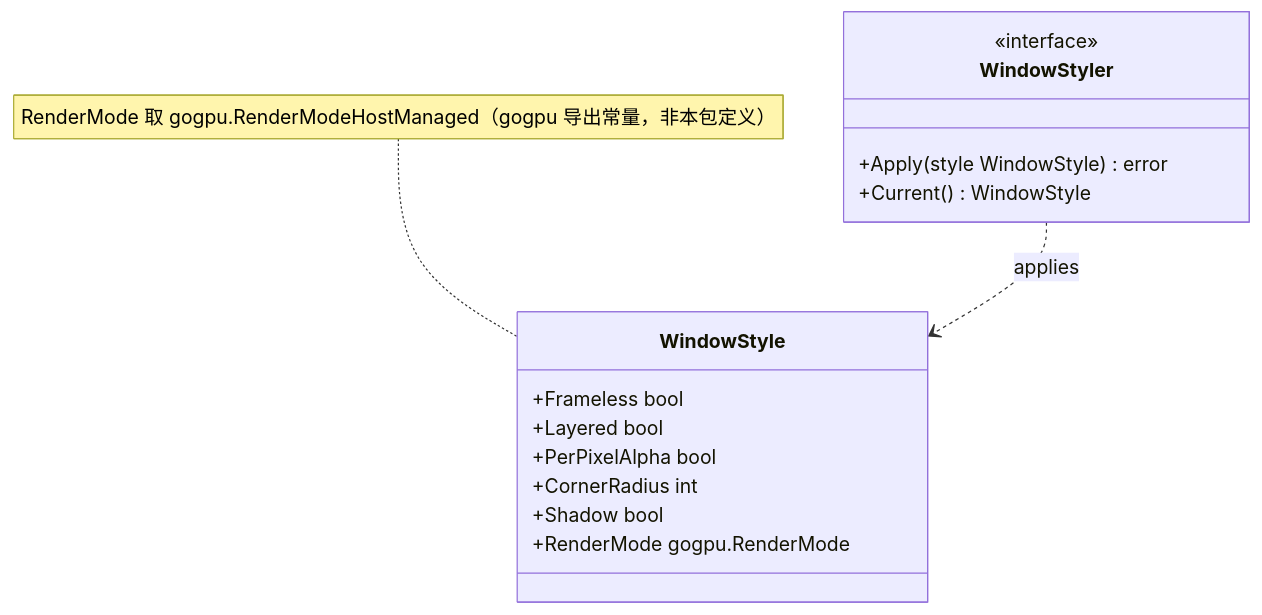
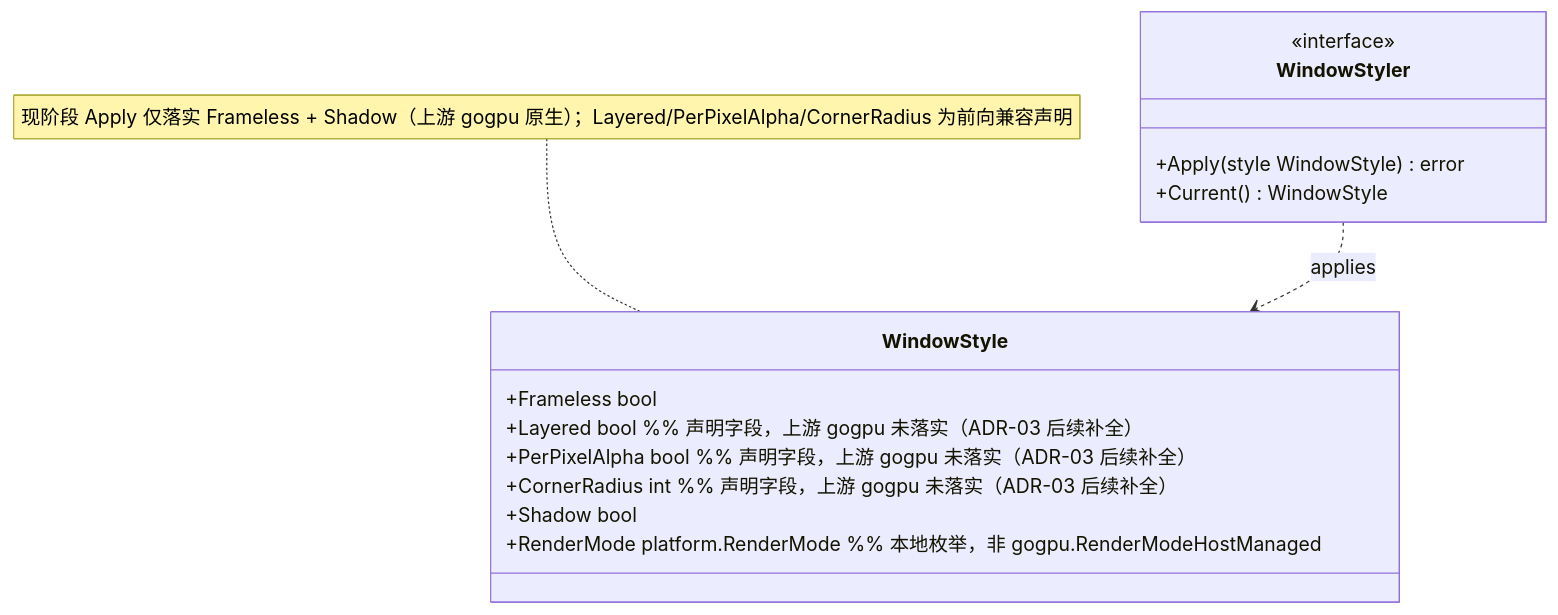
The first of 4 diagrams in docs/20-Platform/WindowStyle.md (shaolei/DeskCalendar), drawn with Mermaid before and after one commit. The commit also changed other lines of this file and 6 other files, not shown here.

First line of the commit message:
docs: ADR-03 path D (gg + layered window), resolve code-review findings

````diff
--- a/docs/20-Platform/WindowStyle.md
+++ b/docs/20-Platform/WindowStyle.md
@@ -19,18 +20,18 @@
 ```mermaid
 classDiagram
     class WindowStyle {
         +Frameless bool
-        +Layered bool
-        +PerPixelAlpha bool
-        +CornerRadius int
+        +Layered bool  %% 声明字段，上游 gogpu 未落实（ADR-03 后续补全）
+        +PerPixelAlpha bool  %% 声明字段，上游 gogpu 未落实（ADR-03 后续补全）
+        +CornerRadius int  %% 声明字段，上游 gogpu 未落实（ADR-03 后续补全）
         +Shadow bool
-        +RenderMode gogpu.RenderMode
+        +RenderMode platform.RenderMode  %% 本地枚举，非 gogpu.RenderModeHostManaged
     }
     class WindowStyler {
         <<interface>>
         +Apply(style WindowStyle) error
         +Current() WindowStyle
     }
     WindowStyler ..> WindowStyle : applies
-    note for WindowStyle "RenderMode 取 gogpu.RenderModeHostManaged（gogpu 导出常量，非本包定义）"
+    note for WindowStyle "现阶段 Apply 仅落实 Frameless + Shadow（上游 gogpu 原生）；Layered/PerPixelAlpha/CornerRadius 为前向兼容声明"
 ```
````
